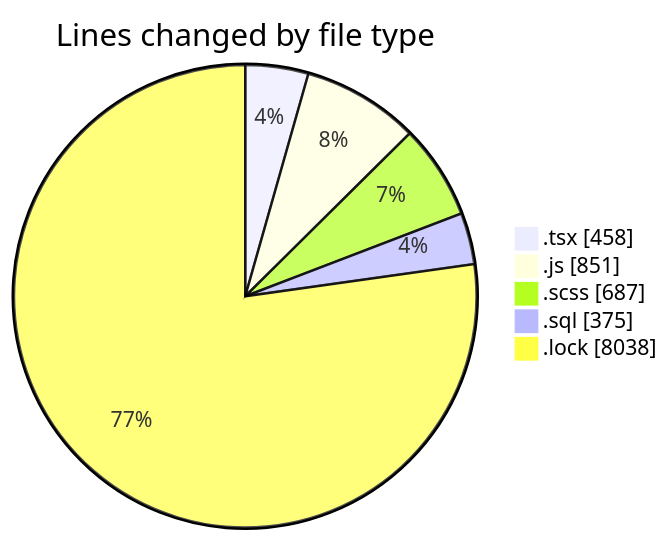
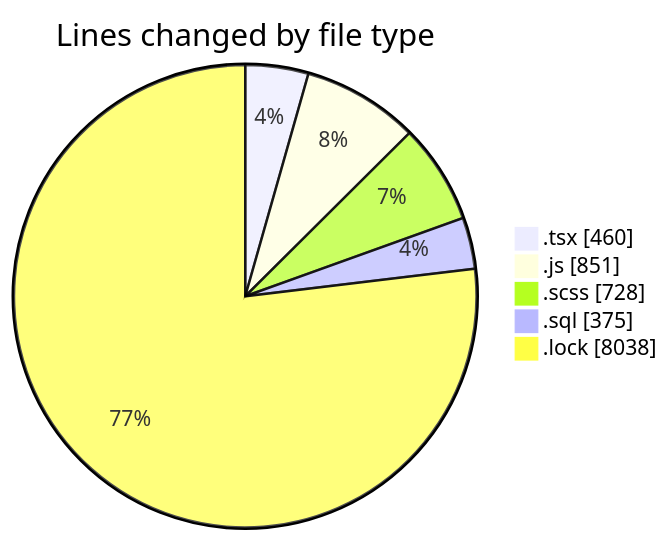
Before and after one commit to momahboobian/code-tracking: the first of 2 diagrams in 2025-03-18/cda/README.md, drawn with Mermaid. The commit also changed other lines of this file and 1 other file, not shown here.

````diff
--- a/2025-03-18/cda/README.md
+++ b/2025-03-18/cda/README.md
@@ -30,9 +30,9 @@
 ```mermaid
 pie showData
 title Lines changed by file type
-".tsx" : 458
+".tsx" : 460
 ".js" : 851
-".scss" : 687
+".scss" : 728
 ".sql" : 375
 ".lock" : 8038
 ```
````
